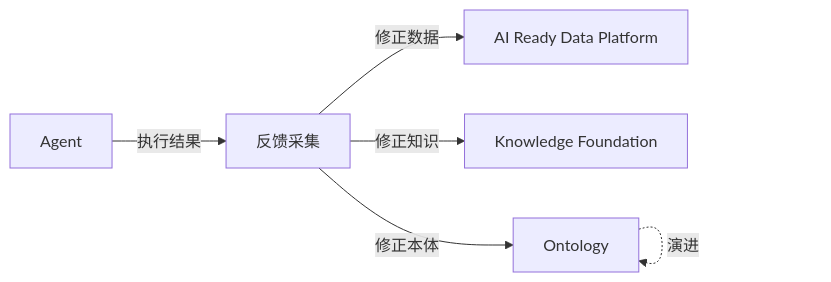
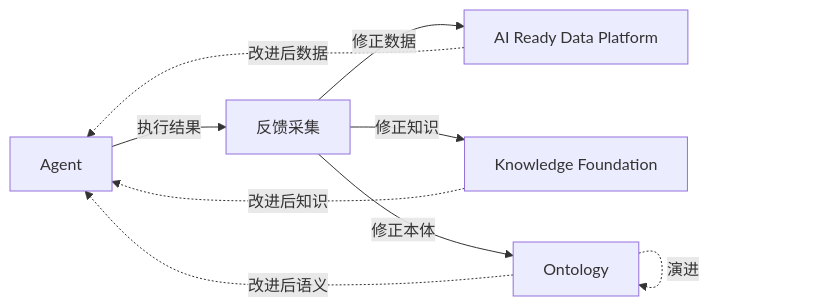
One commit to zhiweio/data-driven-ai-guide changed the first of 2 diagrams in docs/data-loop/index.md. Above: the diagram before and after it, drawn with Mermaid. The commit also changed other lines of this file and 18 other files, not shown here.

````diff
--- a/docs/data-loop/index.md
+++ b/docs/data-loop/index.md
@@ -24,8 +33,11 @@
 ```mermaid
 flowchart LR
     Agent -->|执行结果| Feedback[反馈采集]
     Feedback -->|修正数据| DP[AI Ready Data Platform]
     Feedback -->|修正知识| KF[Knowledge Foundation]
     Feedback -->|修正本体| Ont[Ontology]
     Ont -.演进.-> Ont
+    DP -.改进后数据.-> Agent
+    KF -.改进后知识.-> Agent
+    Ont -.改进后语义.-> Agent
 ```
````
